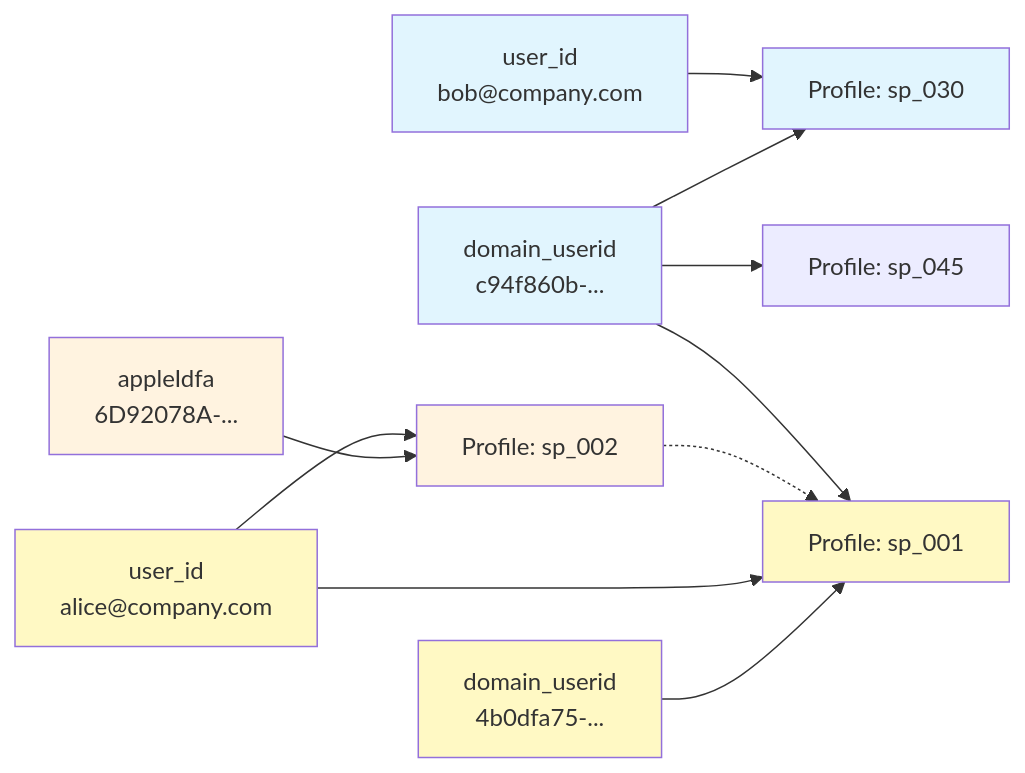
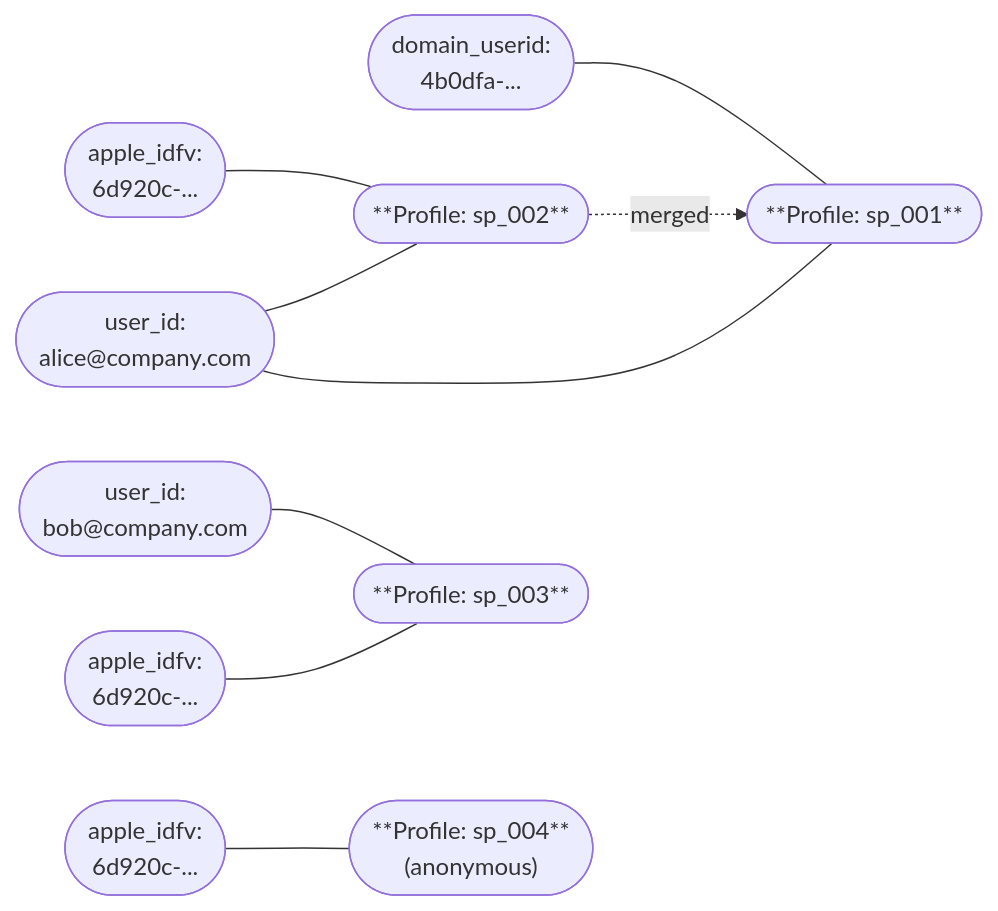
The sixth of 9 diagrams in docs/identities/concepts/index.md (snowplow/documentation), drawn with Mermaid before and after one commit. The commit also changed other lines of this file and 2 other files, not shown here.

````diff
--- a/docs/identities/concepts/index.md
+++ b/docs/identities/concepts/index.md
@@ -215,42 +169,26 @@
 ```mermaid
 graph LR
-    BobA["domain_userid
-    c94f860b-..."]
-    BobB["user_id
-    bob@company.com"]
-    BobC["Profile: sp_030"]
+    A(["domain_userid:<br/>4b0dfa-..."])
+    B(["user_id:<br/>alice@company.com"])
+    C1(["apple_idfv:<br/>6d920c-..."])
+    P1(["**Profile: sp_001**"])
+    P2(["**Profile: sp_002**"])
 
-    BobA --> BobC
-    BobB --> BobC
+    A --- P1
+    B --- P1
+    C1 --- P2
+    B --- P2
+    P2 -. merged .-> P1
 
-    style BobA fill:#e1f5fe
-    style BobB fill:#e1f5fe
-    style BobC fill:#e1f5fe
+    C2(["apple_idfv:<br/>6d920c-..."])
+    BobB(["user_id:<br/>bob@company.com"])
+    BobC(["**Profile: sp_003**"])
 
-    A["domain_userid
-    4b0dfa75-..."]
-    B["user_id
-    alice@company.com"]
-    C["appleIdfa
-    6D92078A-..."]
-    P1["Profile: sp_001"]
-    P2["Profile: sp_002"]
+    C2 --- BobC
+    BobB --- BobC
 
-    A --> P1
-    B --> P1
-    C --> P2
-    B --> P2
-    P2 -.-> P1
+    C3(["apple_idfv:<br/>6d920c-..."])
+    AnonP(["**Profile: sp_004**<br/>(anonymous)"])
 
-    BobA --> P1
-
-    style A fill:#fff9c4
-    style B fill:#fff9c4
-    style C fill:#fff3e0
-    style P1 fill:#fff9c4
-    style P2 fill:#fff3e0
-
-    CarolP["Profile: sp_045"]
-
-    BobA --> CarolP
+    C3 --- AnonP
 ```
````
